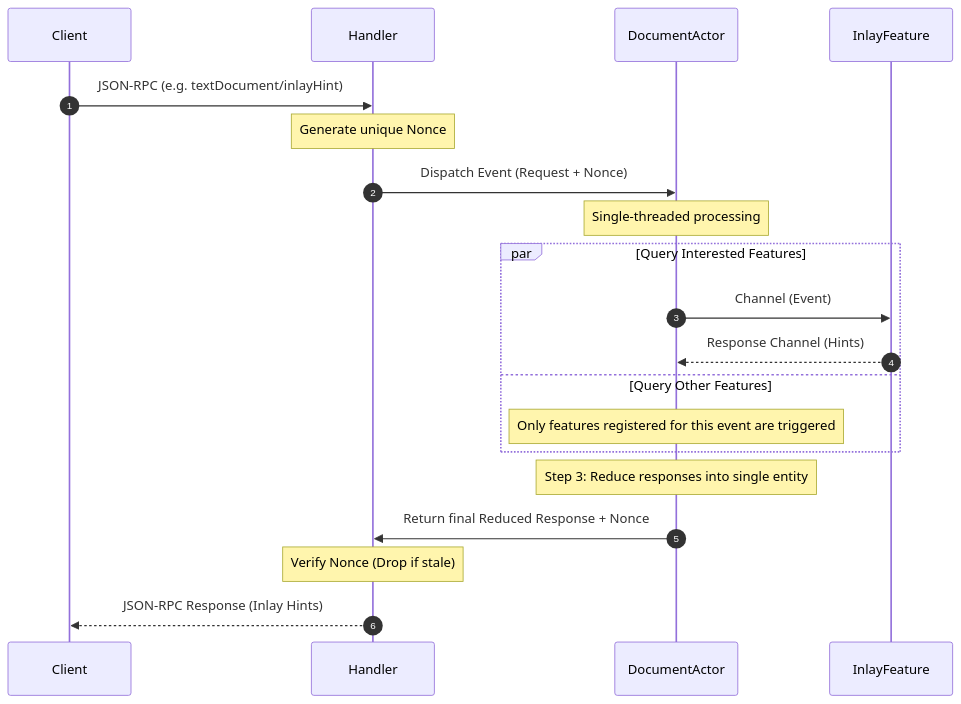
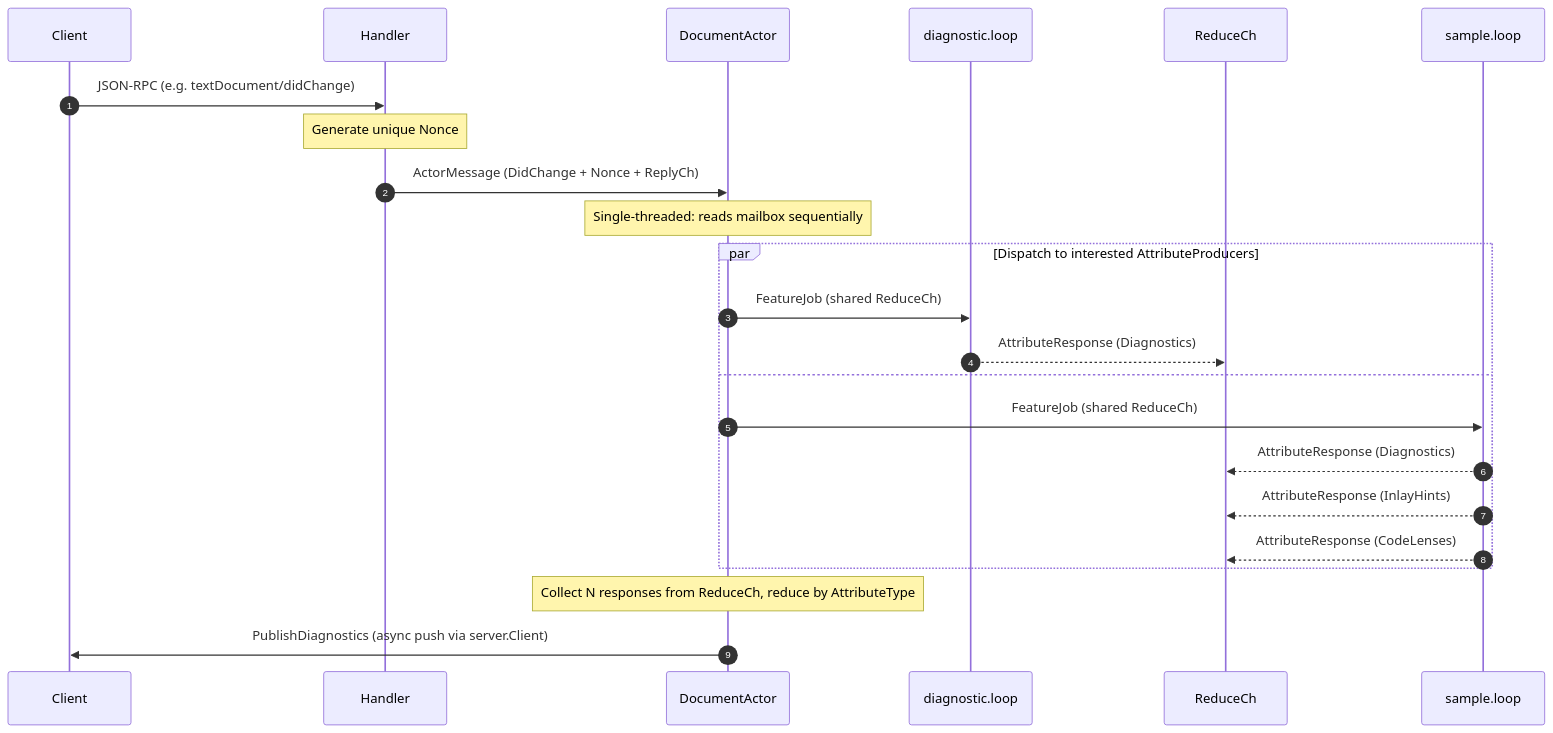
The diagram in docs/concurrency.md (teyfix/bloblang-lsp), drawn with Mermaid before and after one commit. The commit also changed other lines of this file and 6 other files, not shown here.

First line of the commit message:
docs: encode per-document goroutine mailbox model and streaming reduction

````diff
--- a/docs/concurrency.md
+++ b/docs/concurrency.md
@@ -29,20 +33,21 @@
 ```mermaid
 sequenceDiagram
     autonumber
-    Client->>Handler: JSON-RPC (e.g. textDocument/inlayHint)
+    Client->>Handler: JSON-RPC (e.g. textDocument/didChange)
     Note over Handler: Generate unique Nonce
-    Handler->>DocumentActor: Dispatch Event (Request + Nonce)
-    Note over DocumentActor: Single-threaded processing
-    
-    par Query Interested Features
-        DocumentActor->>InlayFeature: Channel (Event)
-        InlayFeature-->>DocumentActor: Response Channel (Hints)
-    and Query Other Features
-        Note over DocumentActor: Only features registered for this event are triggered
+    Handler->>DocumentActor: ActorMessage (DidChange + Nonce + ReplyCh)
+    Note over DocumentActor: Single-threaded: reads mailbox sequentially
+
+    par Dispatch to interested AttributeProducers
+        DocumentActor->>diagnostic.loop: FeatureJob (shared ReduceCh)
+        diagnostic.loop-->>ReduceCh: AttributeResponse (Diagnostics)
+    and
+        DocumentActor->>sample.loop: FeatureJob (shared ReduceCh)
+        sample.loop-->>ReduceCh: AttributeResponse (Diagnostics)
+        sample.loop-->>ReduceCh: AttributeResponse (InlayHints)
+        sample.loop-->>ReduceCh: AttributeResponse (CodeLenses)
     end
 
-    Note over DocumentActor: Step 3: Reduce responses into single entity
-    DocumentActor->>Handler: Return final Reduced Response + Nonce
-    Note over Handler: Verify Nonce (Drop if stale)
-    Handler-->>Client: JSON-RPC Response (Inlay Hints)
+    Note over DocumentActor: Collect N responses from ReduceCh, reduce by AttributeType
+    DocumentActor->>Client: PublishDiagnostics (async push via server.Client)
 ```
````
